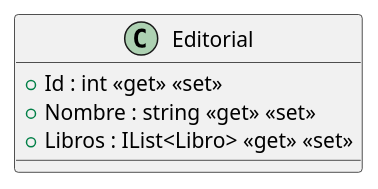
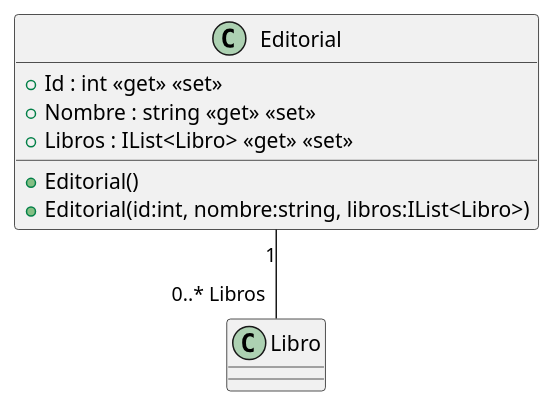
The diagram in src/AppForSEII.API/ClassDiagram/Editorial.puml (ISII2627SoftwareEngineers/ISII2627SoftwareEngineers), drawn with PlantUML before and after one commit. The commit also changed 13 other files, not shown here.

Commit message:
Actualizados los diagramas de clases y el diagrama del caso de uso 4 ResenarLibros

```diff
--- a/src/AppForSEII.API/ClassDiagram/Editorial.puml
+++ b/src/AppForSEII.API/ClassDiagram/Editorial.puml
@@ -1,7 +1,10 @@
 @startuml
 class Editorial {
+    + Editorial()
+    + Editorial(id:int, nombre:string, libros:IList<Libro>)
     + Id : int <<get>> <<set>>
     + Nombre : string <<get>> <<set>>
     + Libros : IList<Libro> <<get>> <<set>>
 }
+Editorial "1" -- "0..* Libros" Libro
 @enduml
```
